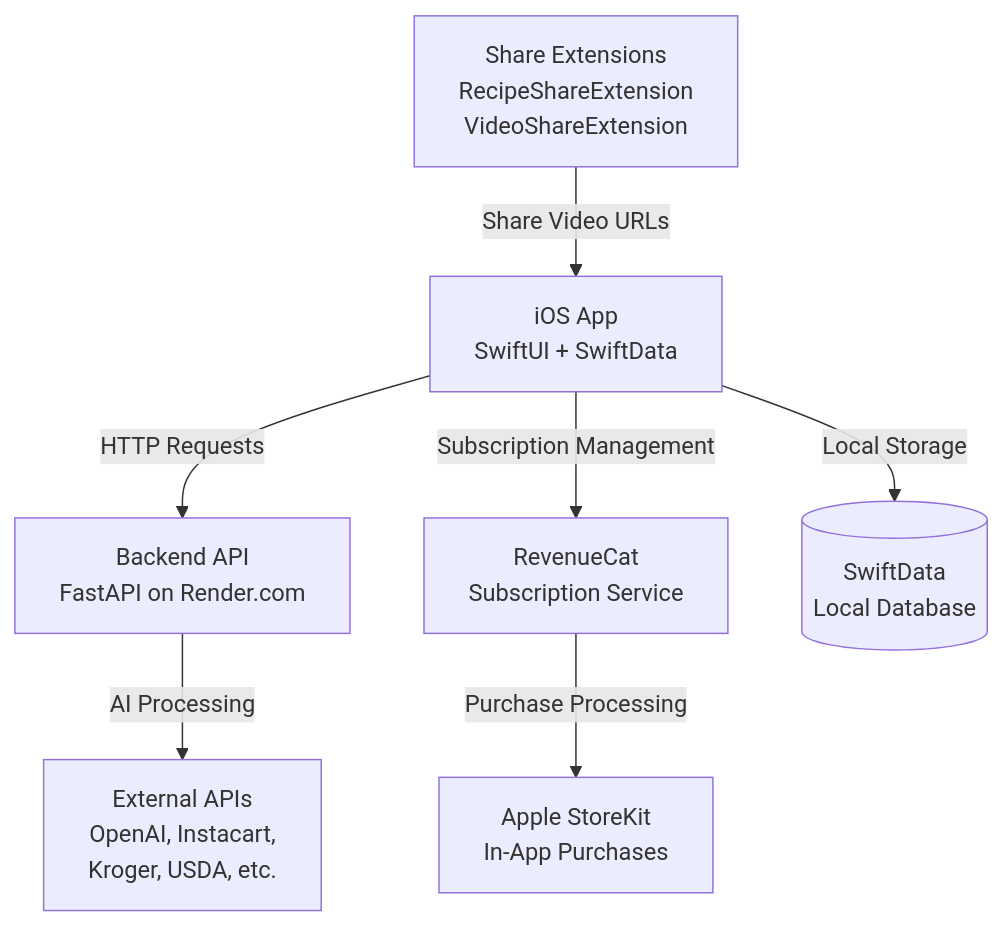
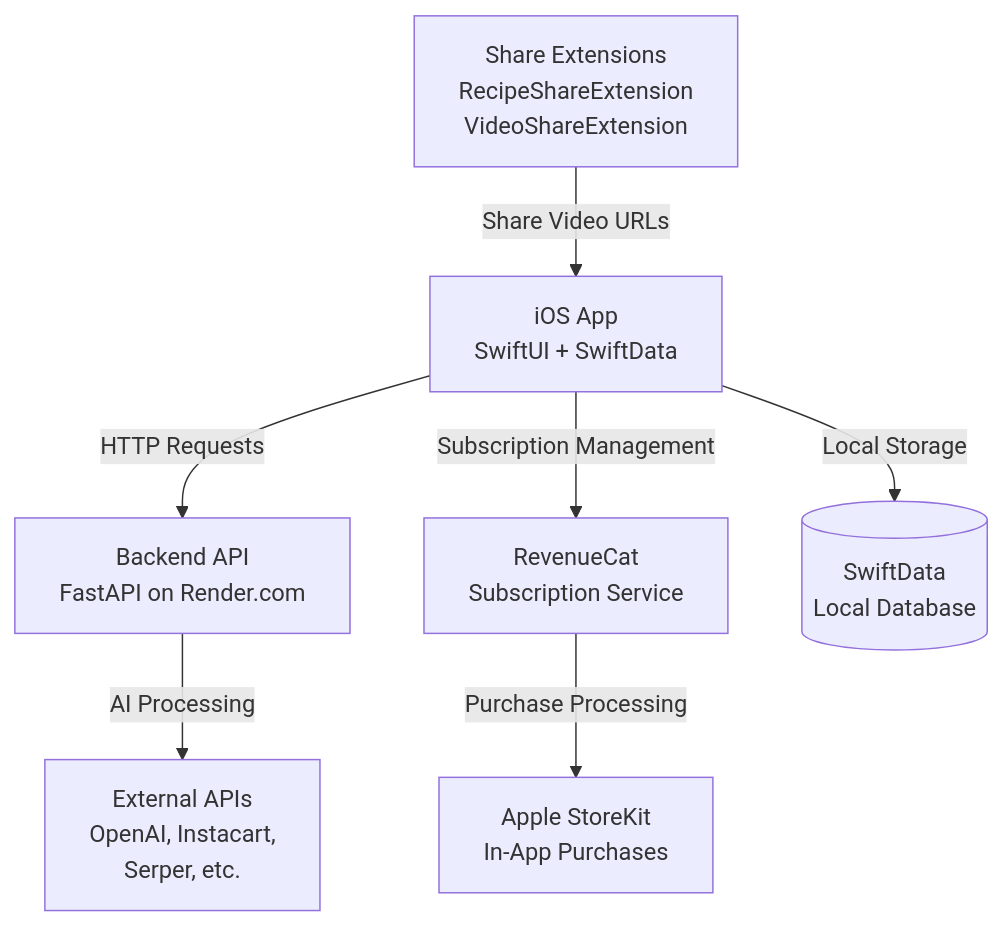
One commit to mazenidriss/Shipyard-Creator-Contest changed the first of 6 diagrams in README.md. Above: the diagram before and after it, drawn with Mermaid. The commit also changed other lines of this file, not shown here.

````diff
--- a/README.md
+++ b/README.md
@@ -126,17 +123,17 @@
 ```mermaid
 graph TB
     iOSApp[iOS App<br/>SwiftUI + SwiftData]
     ShareExt[Share Extensions<br/>RecipeShareExtension<br/>VideoShareExtension]
     BackendAPI[Backend API<br/>FastAPI on Render.com]
     RevenueCat[RevenueCat<br/>Subscription Service]
     StoreKit[Apple StoreKit<br/>In-App Purchases]
     
-    ExternalAPIs[External APIs<br/>OpenAI, Instacart,<br/>Kroger, USDA, etc.]
+    ExternalAPIs[External APIs<br/>OpenAI, Instacart,<br/>Serper, etc.]
     
     iOSApp -->|HTTP Requests| BackendAPI
     iOSApp -->|Subscription Management| RevenueCat
     RevenueCat -->|Purchase Processing| StoreKit
     BackendAPI -->|AI Processing| ExternalAPIs
     ShareExt -->|Share Video URLs| iOSApp
     iOSApp -->|Local Storage| SwiftData[(SwiftData<br/>Local Database)]
 ```
````
